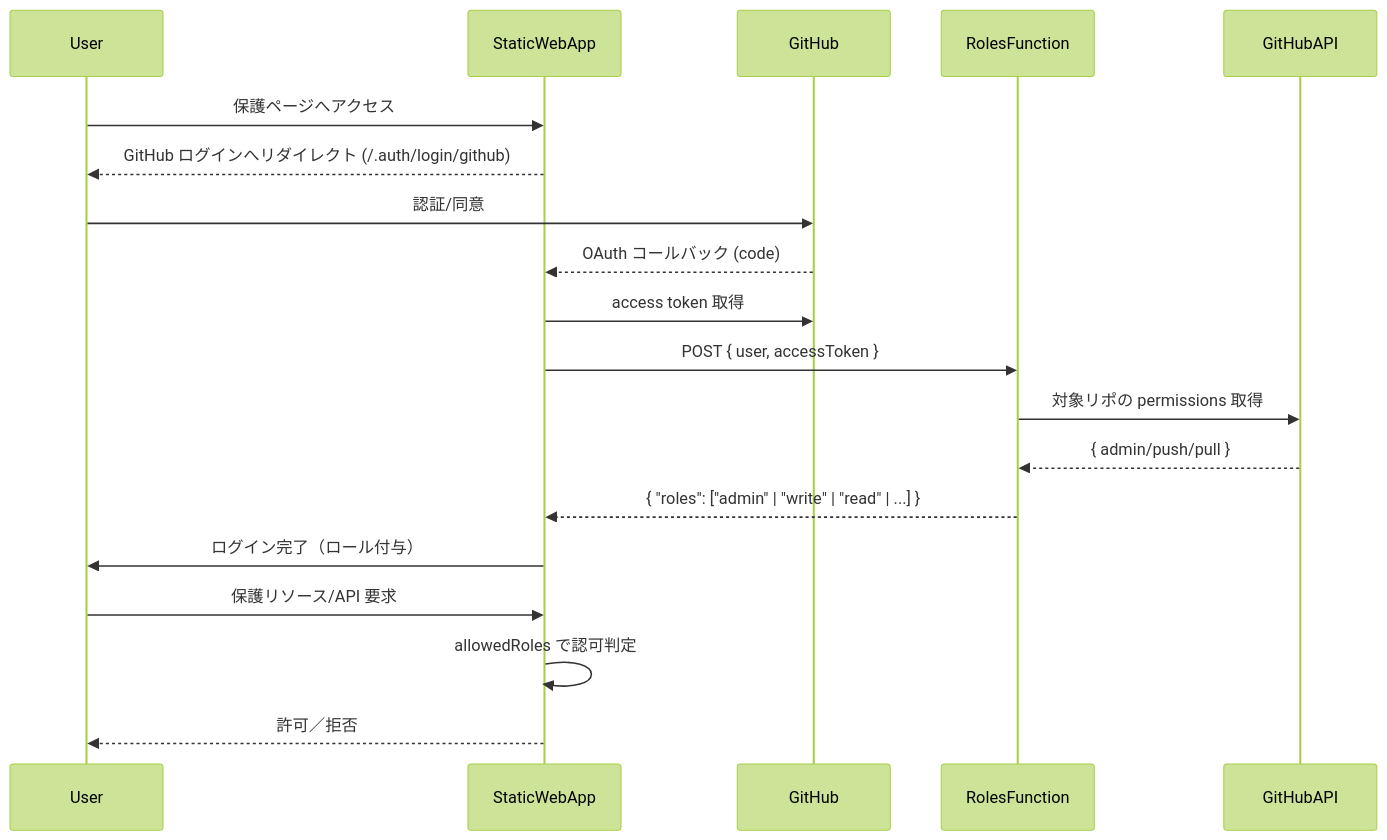
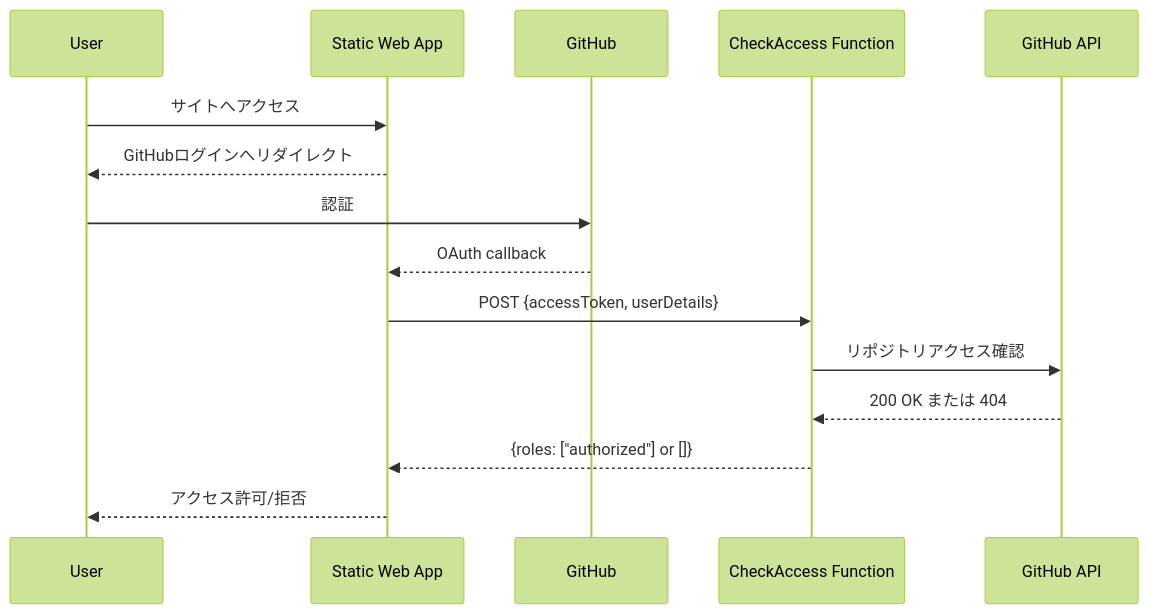
The diagram in README.md (nuitsjp/swa-github-repo-auth), drawn with Mermaid (forest theme) before and after one commit. The commit also changed other lines of this file, not shown here.

Commit message:
README: 実装ガイドを全面リライト — SWA向けGitHubリポジトリ権限ベース認可の詳細手順とサンプルを追加（CheckAccess関数実装、staticwebapp.config.json、API/フロント実装例、ローカル検証、デプロイワークフロー、セキュリティ/キャッシュ対策）

````diff
--- a/README.md
+++ b/README.md
@@ -25,22 +14,18 @@
 ```mermaid
 sequenceDiagram
     participant User
-    participant StaticWebApp
+    participant SWA as Static Web App
     participant GitHub
-    participant RolesFunction
-    participant GitHubAPI
+    participant CheckAccess as CheckAccess Function
+    participant GitHubAPI as GitHub API
 
-    User->>StaticWebApp: 保護ページへアクセス
-    StaticWebApp-->>User: GitHub ログインへリダイレクト (/.auth/login/github)
-    User->>GitHub: 認証/同意
-    GitHub-->>StaticWebApp: OAuth コールバック (code)
-    StaticWebApp->>GitHub: access token 取得
-    StaticWebApp->>RolesFunction: POST { user, accessToken }
-    RolesFunction->>GitHubAPI: 対象リポの permissions 取得
-    GitHubAPI-->>RolesFunction: { admin/push/pull }
-    RolesFunction-->>StaticWebApp: { "roles": ["admin" | "write" | "read" | ...] }
-    StaticWebApp->>User: ログイン完了（ロール付与）
-    User->>StaticWebApp: 保護リソース/API 要求
-    StaticWebApp->>StaticWebApp: allowedRoles で認可判定
-    StaticWebApp-->>User: 許可／拒否
+    User->>SWA: サイトへアクセス
+    SWA-->>User: GitHubログインへリダイレクト
+    User->>GitHub: 認証
+    GitHub-->>SWA: OAuth callback
+    SWA->>CheckAccess: POST {accessToken, userDetails}
+    CheckAccess->>GitHubAPI: リポジトリアクセス確認
+    GitHubAPI-->>CheckAccess: 200 OK または 404
+    CheckAccess-->>SWA: {roles: ["authorized"] or []}
+    SWA-->>User: アクセス許可/拒否
 ```
````
